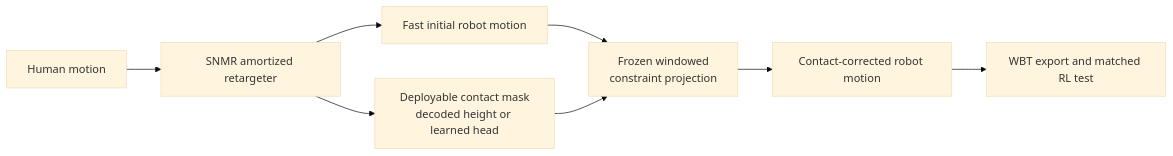
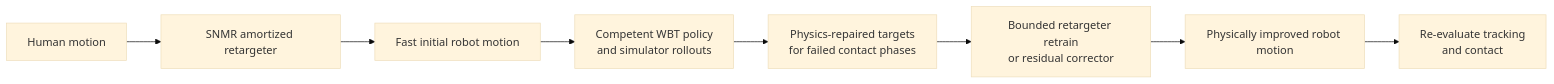
The eighth of 9 diagrams in docs/CURRENT_ARCHITECTURE.md (linjiw/snmr), drawn with Mermaid (base theme) before and after one commit. The commit also changed other lines of this file and 2 other files, not shown here.

Commit message:
docs: align architecture with closed research gates

````diff
--- a/docs/CURRENT_ARCHITECTURE.md
+++ b/docs/CURRENT_ARCHITECTURE.md
@@ -356,10 +363,10 @@
 ```mermaid
 flowchart LR
     H["Human motion"] --> S["SNMR amortized retargeter"]
     S --> Q0["Fast initial robot motion"]
-    S --> M["Deployable contact mask<br/>decoded height or learned head"]
-    Q0 --> P["Frozen windowed<br/>constraint projection"]
-    M --> P
-    P --> Q1["Contact-corrected robot motion"]
-    Q1 --> W["WBT export and matched RL test"]
+    Q0 --> W["Competent WBT policy<br/>and simulator rollouts"]
+    W --> R["Physics-repaired targets<br/>for failed contact phases"]
+    R --> T["Bounded retargeter retrain<br/>or residual corrector"]
+    T --> Q1["Physically improved robot motion"]
+    Q1 --> V["Re-evaluate tracking<br/>and contact"]
 ```
````
